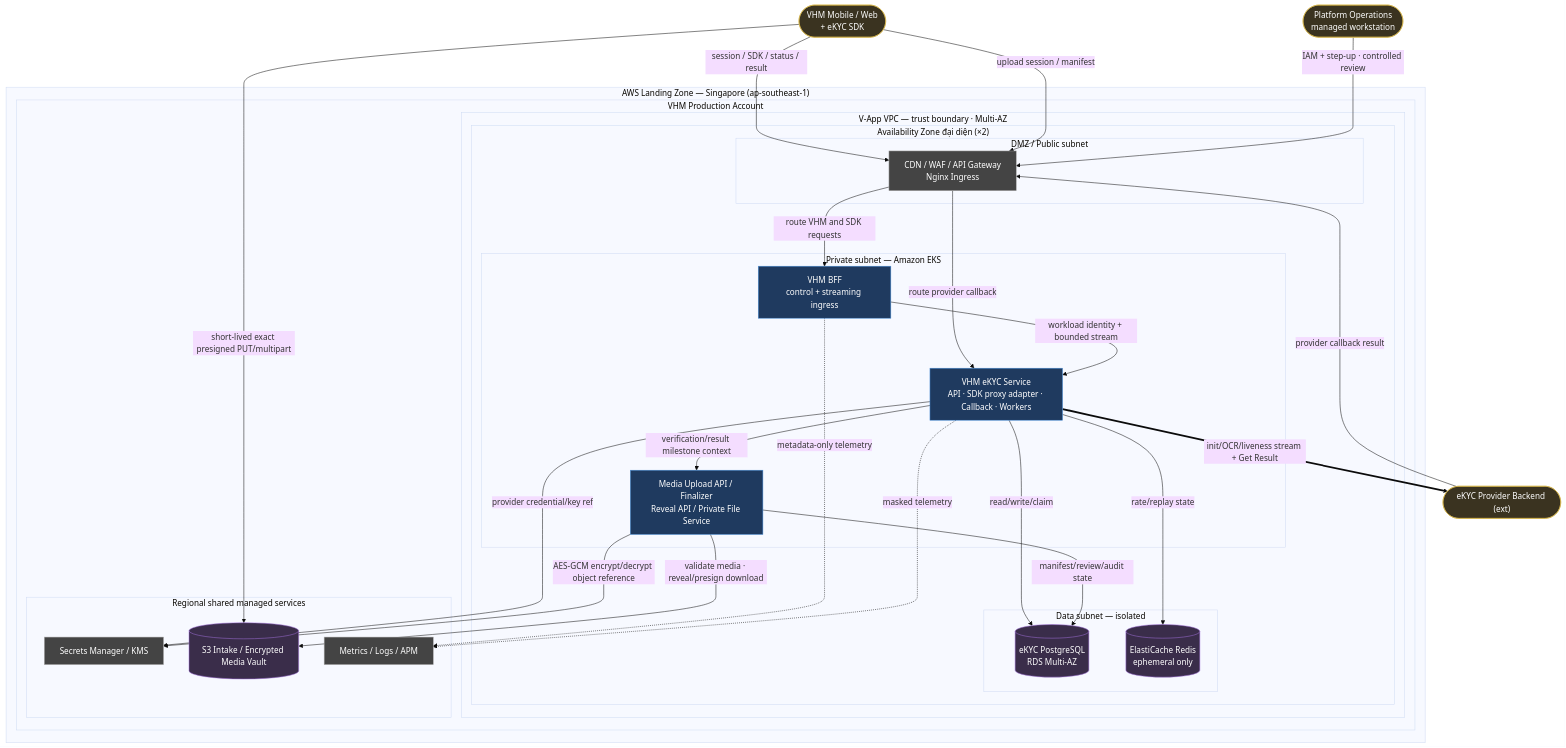
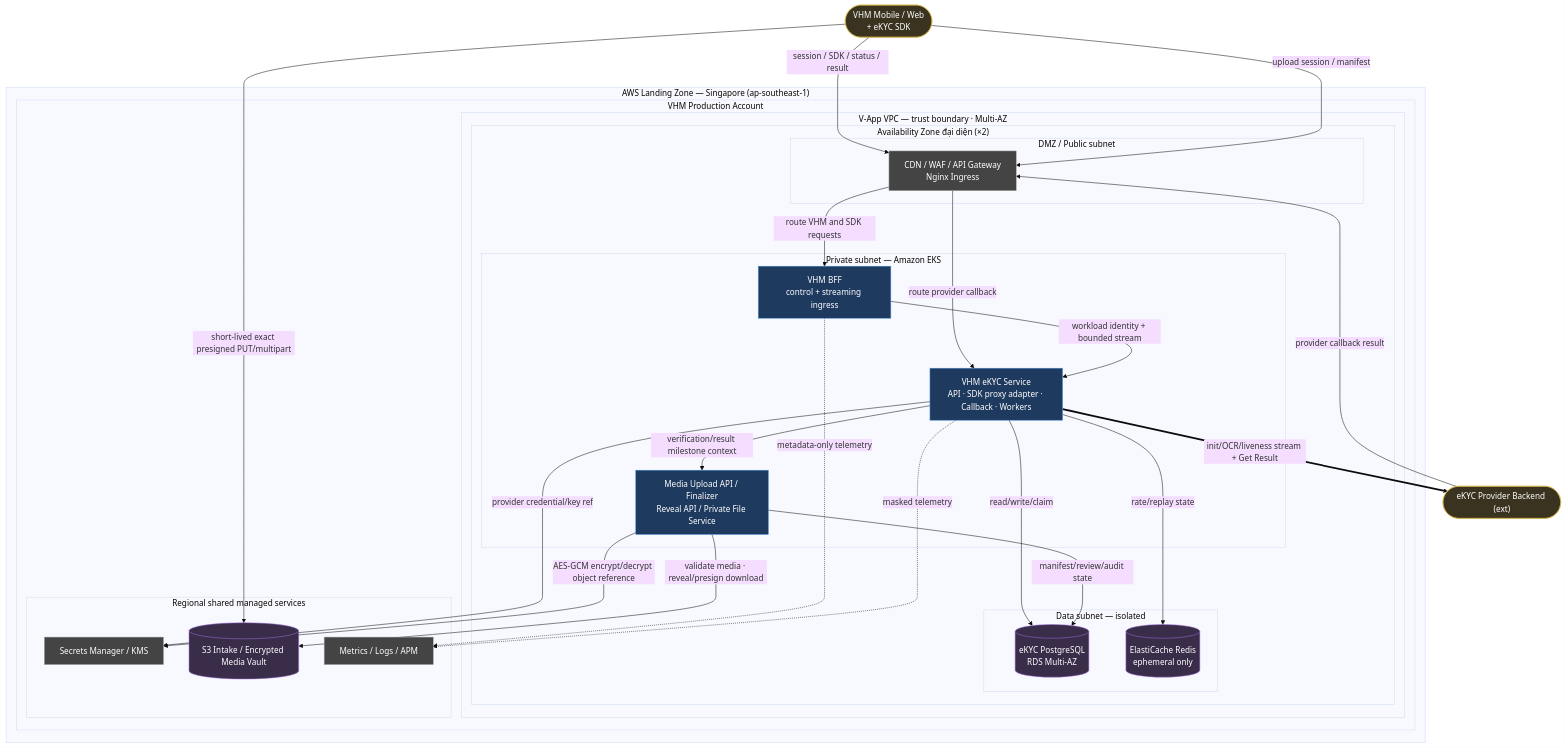
One commit to huynv-xyz/vhm changed diagram 18 of 19 in tdd2.md. Above: the diagram before and after it, drawn with Mermaid (base theme). The commit also changed other lines of this file, not shown here.

````diff
--- a/tdd2.md
+++ b/tdd2.md
@@ -1460,56 +1457,54 @@
 ```mermaid
 flowchart TB
     CLIENT(["VHM Mobile / Web<br/>+ eKYC SDK"]):::entity
-    OPERATIONS(["Platform Operations<br/>managed workstation"]):::entity
     PROVIDER(["eKYC Provider Backend (ext)"]):::entity
 
     subgraph LZ["AWS Landing Zone — Singapore (ap-southeast-1)"]
         subgraph ACCOUNT["VHM Production Account"]
             subgraph VPC["V-App VPC — trust boundary · Multi-AZ"]
                 subgraph AZ["Availability Zone đại diện (×2)"]
                     subgraph EDGE["DMZ / Public subnet"]
                         GATEWAY["CDN / WAF / API Gateway<br/>Nginx Ingress"]:::infra
                     end
                     subgraph APPZONE["Private subnet — Amazon EKS"]
                         BFF["VHM BFF<br/>control + streaming ingress"]:::bc
                         EKYC_SERVICE["VHM eKYC Service<br/>API · SDK proxy adapter · Callback · Workers"]:::bc
                         MEDIA_WORKLOAD["Media Upload API / Finalizer<br/>Reveal API / Private File Service"]:::bc
                     end
                     subgraph DATAZONE["Data subnet — isolated"]
                         RDS[("eKYC PostgreSQL<br/>RDS Multi-AZ")]:::datastore
                         REDIS[("ElastiCache Redis<br/>ephemeral only")]:::datastore
                     end
                 end
             end
             subgraph SHARED["Regional shared managed services"]
                 SECRET["Secrets Manager / KMS"]:::infra
                 S3[("S3 Intake / Encrypted Media Vault")]:::datastore
                 OBS["Metrics / Logs / APM"]:::infra
             end
         end
     end
 
     CLIENT -->|session / SDK / status / result| GATEWAY
     CLIENT -->|upload session / manifest| GATEWAY
-    OPERATIONS -->|IAM + step-up · controlled review| GATEWAY
     CLIENT -->|short-lived exact presigned PUT/multipart| S3
     PROVIDER -->|provider callback result| GATEWAY
     GATEWAY -->|route VHM and SDK requests| BFF
     GATEWAY -->|route provider callback| EKYC_SERVICE
     BFF -->|workload identity + bounded stream| EKYC_SERVICE
     EKYC_SERVICE -->|read/write/claim| RDS
     EKYC_SERVICE -->|rate/replay state| REDIS
     EKYC_SERVICE -->|provider credential/key ref| SECRET
     EKYC_SERVICE -->|verification/result milestone context| MEDIA_WORKLOAD
     MEDIA_WORKLOAD -->|validate media · reveal/presign download| S3
     MEDIA_WORKLOAD -->|AES-GCM encrypt/decrypt object reference| SECRET
     MEDIA_WORKLOAD -->|manifest/review/audit state| RDS
     BFF -.->|metadata-only telemetry| OBS
     EKYC_SERVICE -.->|masked telemetry| OBS
     EKYC_SERVICE ==>|init/OCR/liveness stream + Get Result| PROVIDER
 
     classDef bc fill:#1f3a5f,stroke:#4a90d9,color:#fff;
     classDef entity fill:#3a3320,stroke:#d9b84a,color:#fff;
     classDef datastore fill:#3a2d4a,stroke:#a06fd9,color:#fff;
     classDef infra fill:#444,stroke:#aaa,color:#fff;
 ```
````
